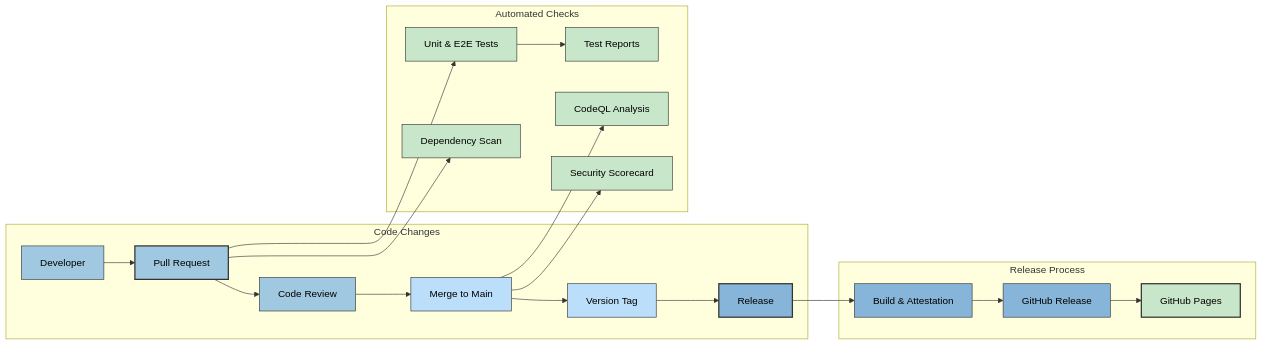
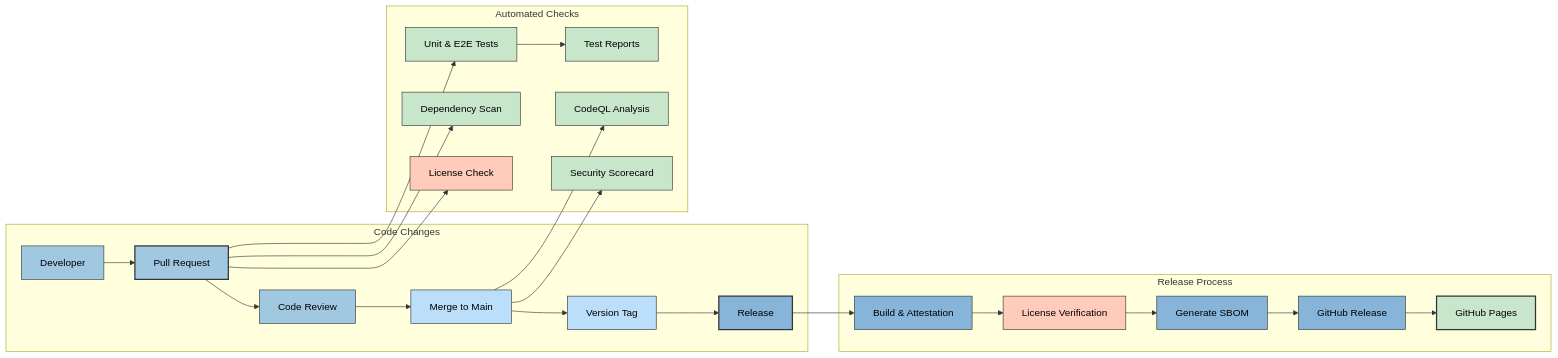
One commit to Hack23/cia-compliance-manager changed the sixth of 6 diagrams in docs/architecture/WORKFLOWS.md. Above: the diagram before and after it, drawn with Mermaid. The commit also changed other lines of this file and 1 other file, not shown here.

````diff
--- a/docs/architecture/WORKFLOWS.md
+++ b/docs/architecture/WORKFLOWS.md
@@ -178,41 +259,46 @@
 ```mermaid
 flowchart LR
     subgraph "Code Changes"
         Developer --> PR[Pull Request]
         PR --> Review[Code Review]
         Review --> Merge[Merge to Main]
         Merge --> Tag[Version Tag]
         Tag --> Release[Release]
     end
 
     subgraph "Automated Checks"
         PR --> UnitE2E[Unit & E2E Tests]
         PR --> DependencyScan[Dependency Scan]
+        PR --> LicenseCheck[License Check]
         UnitE2E --> Reports[Test Reports]
         Merge --> CodeQLScan[CodeQL Analysis]
         Merge --> ScoreCard[Security Scorecard]
     end
 
     subgraph "Release Process"
         Release --> Build[Build & Attestation]
-        Build --> DeployGH[GitHub Release]
+        Build --> LicenseVerify[License Verification]
+        LicenseVerify --> SBOM[Generate SBOM]
+        SBOM --> DeployGH[GitHub Release]
         DeployGH --> DeployPages[GitHub Pages]
     end
 
     %% Cool color styling
     classDef devNode fill:#a0c8e0,stroke:#333,stroke-width:1px,color:black
     classDef codeNode fill:#bbdefb,stroke:#333,stroke-width:1px,color:black
     classDef testNode fill:#c8e6c9,stroke:#333,stroke-width:1px,color:black
     classDef deployNode fill:#86b5d9,stroke:#333,stroke-width:1px,color:black
     classDef reportNode fill:#d1c4e9,stroke:#333,stroke-width:1px,color:black
+    classDef checkNode fill:#ffccbc,stroke:#333,stroke-width:1px,color:black
 
     class Developer,PR,Review devNode
     class Merge,Tag,Release codeNode
     class UnitE2E,DependencyScan,Reports,CodeQLScan,ScoreCard testNode
-    class Build,DeployGH,DeployPages deployNode
+    class Build,DeployGH,DeployPages,SBOM deployNode
+    class LicenseCheck,LicenseVerify checkNode
 
     %% Remove previous styling that doesn't match color theme
     style PR fill:#a0c8e0,stroke:#333,stroke-width:2px
     style Release fill:#86b5d9,stroke:#333,stroke-width:2px
     style DeployPages fill:#c8e6c9,stroke:#333,stroke-width:2px
 ```
````
